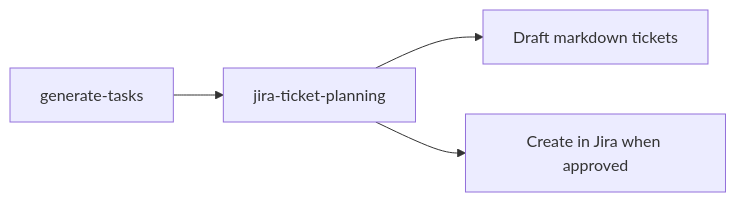
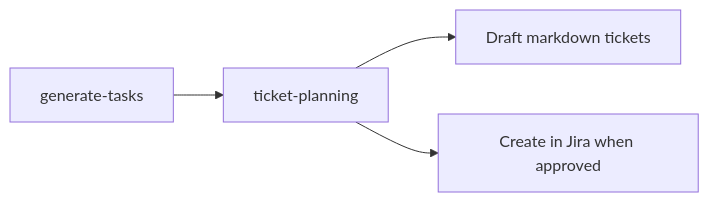
Before and after one commit to igmarin/my-RoR-personal-skills: the fourth of 15 diagrams in docs/workflow-guide.md, drawn with Mermaid. The commit also changed other lines of this file and 26 other files, not shown here.

````diff
--- a/docs/workflow-guide.md
+++ b/docs/workflow-guide.md
@@ -227,6 +268,6 @@
 ```mermaid
 flowchart LR
-    D[generate-tasks] --> J[jira-ticket-planning]
+    D[generate-tasks] --> J[ticket-planning]
     J --> K[Draft markdown tickets]
     J --> L[Create in Jira when approved]
 ```
````
